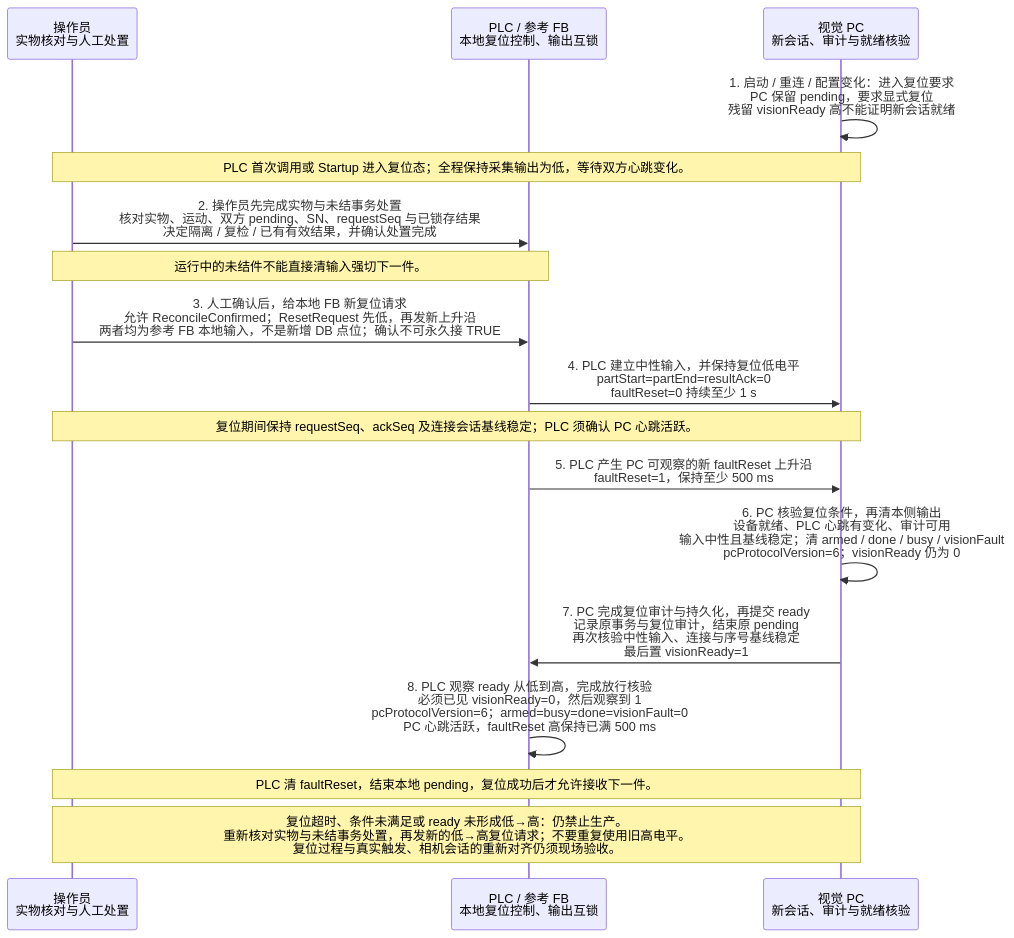
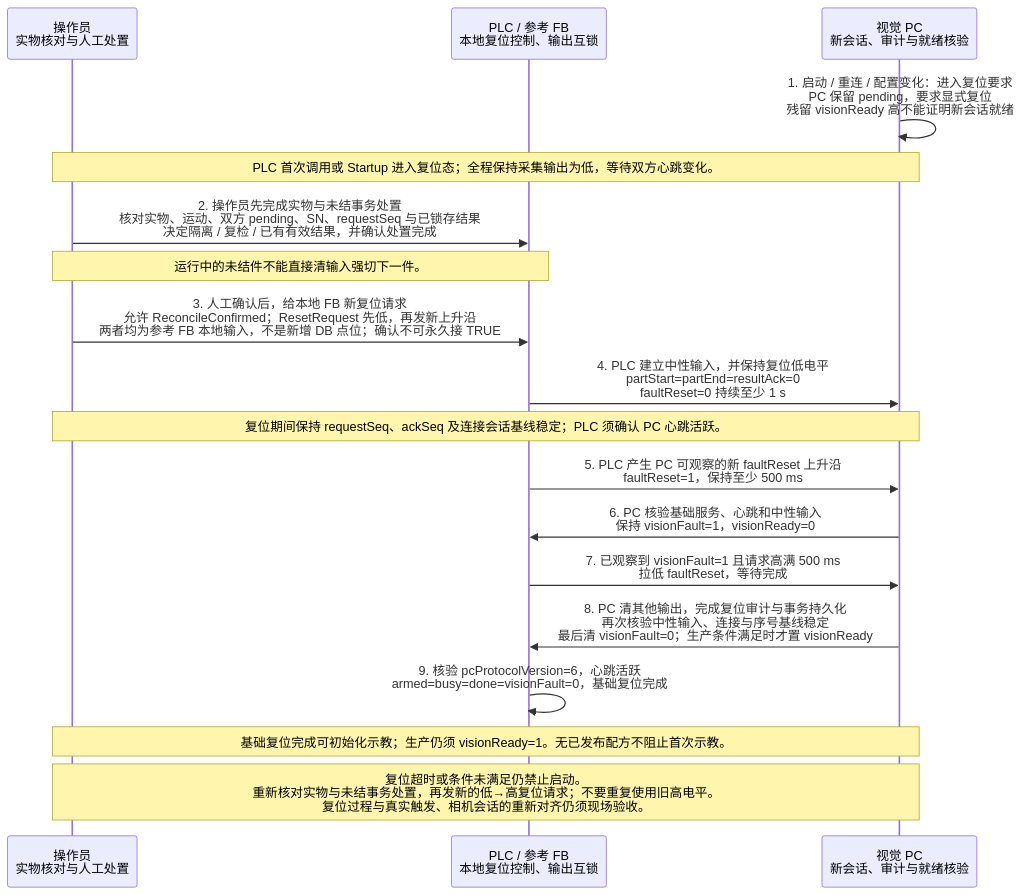
The third of 3 diagrams in docs/integration/plc-communication-protocol.md (liangyuR/ly-gluesight), drawn with Mermaid before and after one commit. The commit also changed other lines of this file and 30 other files, not shown here.

````diff
--- a/docs/integration/plc-communication-protocol.md
+++ b/docs/integration/plc-communication-protocol.md
@@ -272,20 +282,21 @@
 ```mermaid
 sequenceDiagram
     participant OP as 操作员<br/>实物核对与人工处置
     participant PLC as PLC / 参考 FB<br/>本地复位控制、输出互锁
     participant PC as 视觉 PC<br/>新会话、审计与就绪核验
 
     PC->>PC: 1. 启动 / 重连 / 配置变化：进入复位要求<br/>PC 保留 pending，要求显式复位<br/>残留 visionReady 高不能证明新会话就绪
     Note over OP,PC: PLC 首次调用或 Startup 进入复位态；全程保持采集输出为低，等待双方心跳变化。
     OP->>PLC: 2. 操作员先完成实物与未结事务处置<br/>核对实物、运动、双方 pending、SN、requestSeq 与已锁存结果<br/>决定隔离 / 复检 / 已有有效结果，并确认处置完成
     Note over OP,PLC: 运行中的未结件不能直接清输入强切下一件。
     OP->>PLC: 3. 人工确认后，给本地 FB 新复位请求<br/>允许 ReconcileConfirmed；ResetRequest 先低，再发新上升沿<br/>两者均为参考 FB 本地输入，不是新增 DB 点位；确认不可永久接 TRUE
     PLC->>PC: 4. PLC 建立中性输入，并保持复位低电平<br/>partStart=partEnd=resultAck=0<br/>faultReset=0 持续至少 1 s
     Note over OP,PC: 复位期间保持 requestSeq、ackSeq 及连接会话基线稳定；PLC 须确认 PC 心跳活跃。
     PLC->>PC: 5. PLC 产生 PC 可观察的新 faultReset 上升沿<br/>faultReset=1，保持至少 500 ms
-    PC->>PC: 6. PC 核验复位条件，再清本侧输出<br/>设备就绪、PLC 心跳有变化、审计可用<br/>输入中性且基线稳定；清 armed / done / busy / visionFault<br/>pcProtocolVersion=6；visionReady 仍为 0
-    PC->>PLC: 7. PC 完成复位审计与持久化，再提交 ready<br/>记录原事务与复位审计，结束原 pending<br/>再次核验中性输入、连接与序号基线稳定<br/>最后置 visionReady=1
-    PLC->>PLC: 8. PLC 观察 ready 从低到高，完成放行核验<br/>必须已见 visionReady=0，然后观察到 1<br/>pcProtocolVersion=6；armed=busy=done=visionFault=0<br/>PC 心跳活跃，faultReset 高保持已满 500 ms
-    Note over OP,PC: PLC 清 faultReset，结束本地 pending，复位成功后才允许接收下一件。
-    Note over OP,PC: 复位超时、条件未满足或 ready 未形成低→高：仍禁止生产。<br/>重新核对实物与未结事务处置，再发新的低→高复位请求；不要重复使用旧高电平。<br/>复位过程与真实触发、相机会话的重新对齐仍须现场验收。
+    PC->>PLC: 6. PC 核验基础服务、心跳和中性输入<br/>保持 visionFault=1，visionReady=0
+    PLC->>PC: 7. 已观察到 visionFault=1 且请求高满 500 ms<br/>拉低 faultReset，等待完成
+    PC->>PLC: 8. PC 清其他输出，完成复位审计与事务持久化<br/>再次核验中性输入、连接与序号基线稳定<br/>最后清 visionFault=0；生产条件满足时才置 visionReady
+    PLC->>PLC: 9. 核验 pcProtocolVersion=6，心跳活跃<br/>armed=busy=done=visionFault=0，基础复位完成
+    Note over OP,PC: 基础复位完成可初始化示教；生产仍须 visionReady=1。无已发布配方不阻止首次示教。
+    Note over OP,PC: 复位超时或条件未满足仍禁止启动。<br/>重新核对实物与未结事务处置，再发新的低→高复位请求；不要重复使用旧高电平。<br/>复位过程与真实触发、相机会话的重新对齐仍须现场验收。
 ```
````
